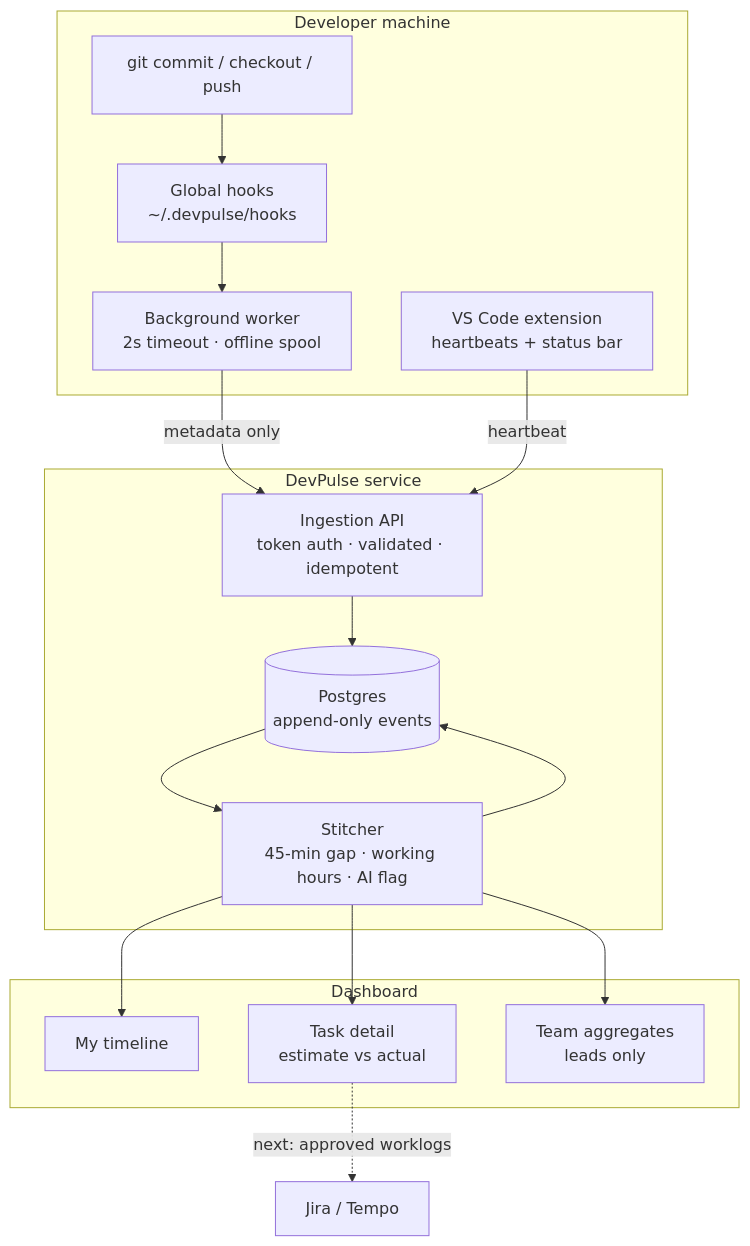
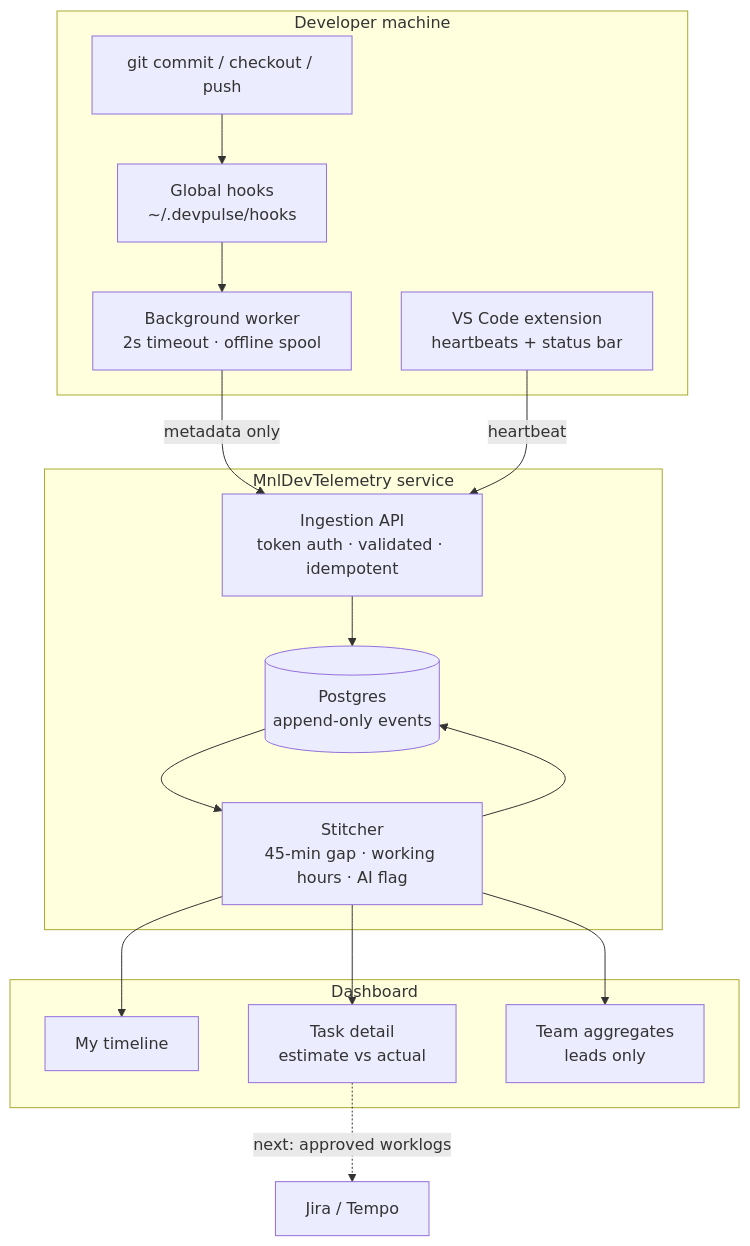
Before and after one commit to abelbesas/mnl-dev-telemetry: the third of 3 diagrams in docs/devpulse-overview.md, drawn with Mermaid. The commit also changed other lines of this file and 79 other files, not shown here.

First line of the commit message:
refactor: Rename DevPulse to MnlDevTelemetry across the project

````diff
--- a/docs/devpulse-overview.md
+++ b/docs/devpulse-overview.md
@@ -293,30 +293,30 @@
 ```mermaid
 flowchart TB
   subgraph DEV["Developer machine"]
     G["git commit / checkout / push"]
     H["Global hooks<br/>~/.devpulse/hooks"]
     W["Background worker<br/>2s timeout · offline spool"]
     E["VS Code extension<br/>heartbeats + status bar"]
     G --> H --> W
   end
 
-  subgraph SRV["DevPulse service"]
+  subgraph SRV["MnlDevTelemetry service"]
     I["Ingestion API<br/>token auth · validated · idempotent"]
     DB[("Postgres<br/>append-only events")]
     S["Stitcher<br/>45-min gap · working hours · AI flag"]
     I --> DB --> S --> DB
   end
 
   subgraph UI["Dashboard"]
     T["My timeline"]
     TD["Task detail<br/>estimate vs actual"]
     TM["Team aggregates<br/>leads only"]
   end
 
   W -->|"metadata only"| I
   E -->|"heartbeat"| I
   S --> T
   S --> TD
   S --> TM
   TD -.->|"next: approved worklogs"| J["Jira / Tempo"]
 ```
````
